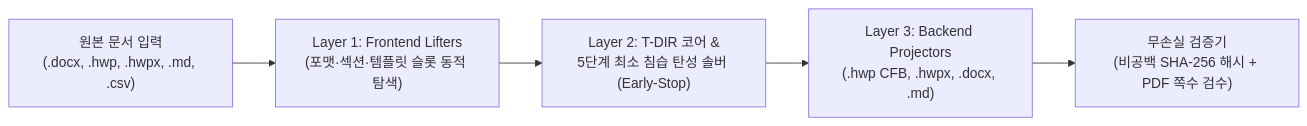
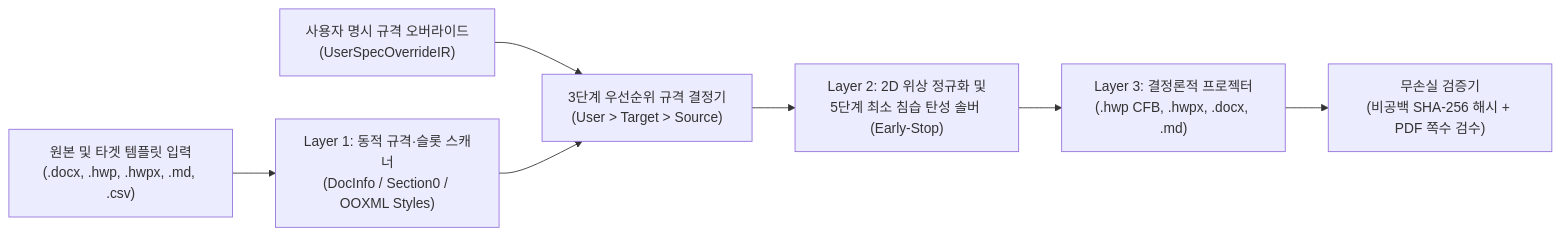
The diagram in README_KO.md (Team-Sequence-Thaumaturge/-document-IR), drawn with Mermaid before and after one commit. The commit also changed other lines of this file and 8 other files, not shown here.

Commit message:
Refactor T-DIR v3.0-beta: eliminate hardcoded constants, add UserSpecOverrideIR priority schema, and update READMEs with UTC patch stamps

````diff
--- a/README_KO.md
+++ b/README_KO.md
@@ -29,7 +31,9 @@
 ```mermaid
 flowchart LR
-    A["원본 문서 입력<br/>(.docx, .hwp, .hwpx, .md, .csv)"] --> B["Layer 1: Frontend Lifters<br/>(포맷·섹션·템플릿 슬롯 동적 탐색)"]
-    B --> C["Layer 2: T-DIR 코어 &<br/>5단계 최소 침습 탄성 솔버 (Early-Stop)"]
-    C --> D["Layer 3: Backend Projectors<br/>(.hwp CFB, .hwpx, .docx, .md)"]
-    D --> E["무손실 검증기<br/>(비공백 SHA-256 해시 + PDF 쪽수 검수)"]
+    A["원본 및 타겟 템플릿 입력<br/>(.docx, .hwp, .hwpx, .md, .csv)"] --> B["Layer 1: 동적 규격·슬롯 스캐너<br/>(DocInfo / Section0 / OOXML Styles)"]
+    U["사용자 명시 규격 오버라이드<br/>(UserSpecOverrideIR)"] --> C["3단계 우선순위 규격 결정기<br/>(User > Target > Source)"]
+    B --> C
+    C --> D["Layer 2: 2D 위상 정규화 및<br/>5단계 최소 침습 탄성 솔버 (Early-Stop)"]
+    D --> E["Layer 3: 결정론적 프로젝터<br/>(.hwp CFB, .hwpx, .docx, .md)"]
+    E --> F["무손실 검증기<br/>(비공백 SHA-256 해시 + PDF 쪽수 검수)"]
 ```
````
